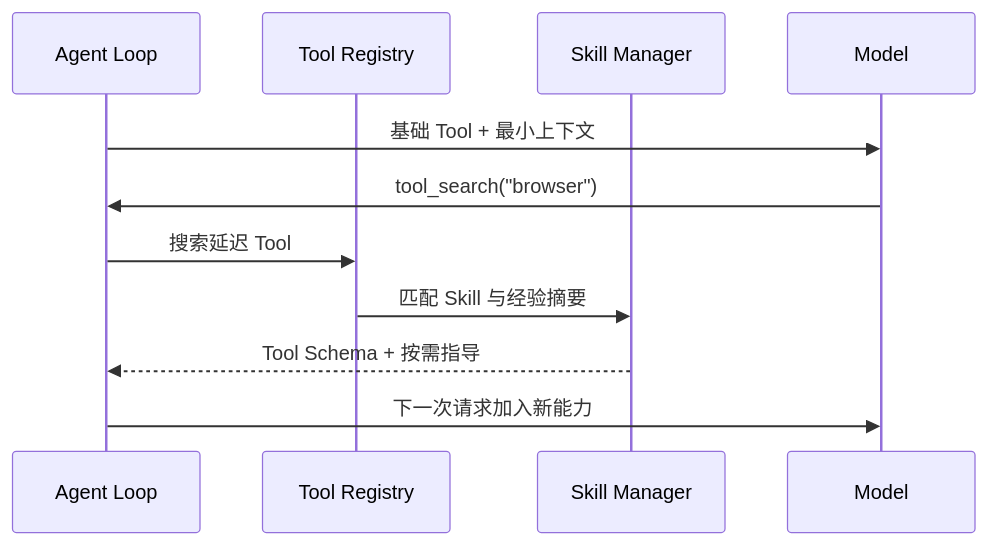
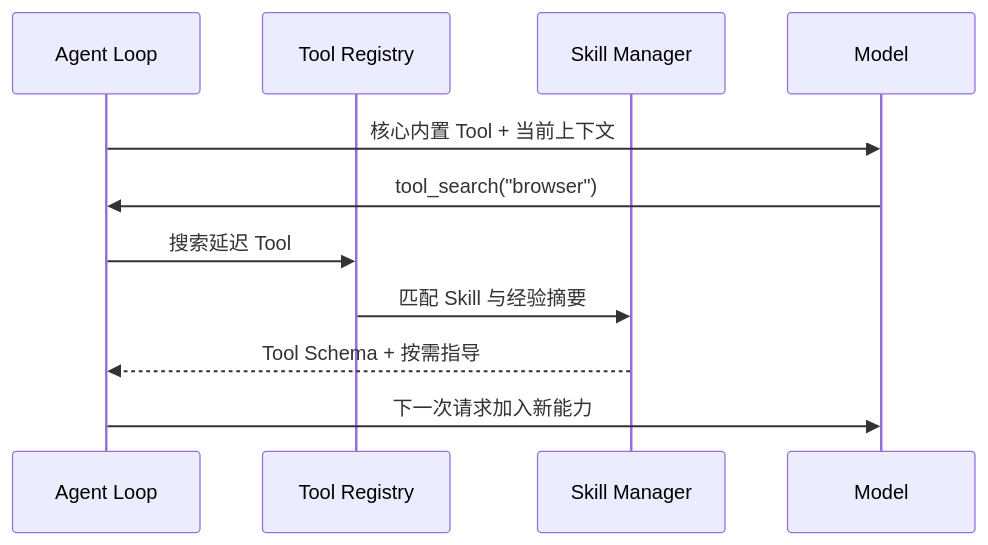
One commit to chuancyzhang/deepseek-cowork changed the third of 4 diagrams in docs/technical-design.md. Above: the diagram before and after it, drawn with Mermaid. The commit also changed other lines of this file and 20 other files, not shown here.

````diff
--- a/docs/technical-design.md
+++ b/docs/technical-design.md
@@ -112,13 +116,13 @@
 ```mermaid
 sequenceDiagram
     participant L as Agent Loop
     participant R as Tool Registry
     participant S as Skill Manager
     participant M as Model
-    L->>M: 基础 Tool + 最小上下文
+    L->>M: 核心内置 Tool + 当前上下文
     M->>L: tool_search("browser")
     L->>R: 搜索延迟 Tool
     R->>S: 匹配 Skill 与经验摘要
     S-->>L: Tool Schema + 按需指导
     L->>M: 下一次请求加入新能力
 ```
````
